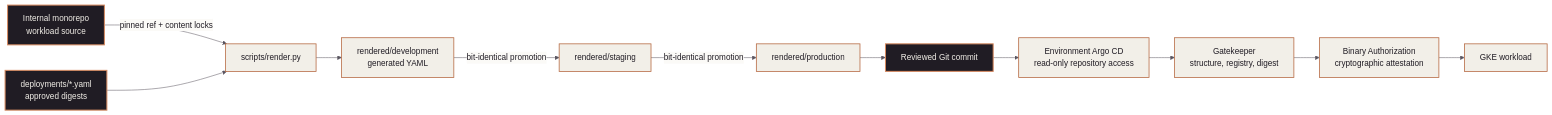
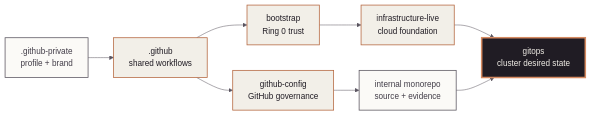
One commit to mindclade/gitops-old changed the diagram in README.md. Above: the diagram before and after it, drawn with Mermaid. The commit also changed other lines of this file and 133 other files, not shown here.

````diff
--- a/README.md
+++ b/README.md
@@ -49,20 +74,18 @@
 ```mermaid
+%% current: gitops %%
 %%{init: {"theme":"base","themeVariables":{"primaryColor":"#F2EFE8","primaryTextColor":"#201C24","primaryBorderColor":"#B5673F","secondaryColor":"#FBFAF7","tertiaryColor":"#FBFAF7","lineColor":"#5B5660","edgeLabelBackground":"#FBFAF7","clusterBkg":"#FBFAF7","clusterBorder":"#E2DED4"}}}%%
 flowchart LR
-    SRC["Internal monorepo<br/>workload source"] -->|"pinned ref + content locks"| R["scripts/render.py"]
-    SEL["deployments/*.yaml<br/>approved digests"] --> R
-    R --> DEV["rendered/development<br/>generated YAML"]
-    DEV -->|"bit-identical promotion"| STG["rendered/staging"]
-    STG -->|"bit-identical promotion"| PROD["rendered/production"]
-    PROD --> PR["Reviewed Git commit"]
-    PR --> ARGO["Environment Argo CD<br/>read-only repository access"]
-    ARGO --> GK["Gatekeeper<br/>structure, registry, digest"]
-    GK --> BA["Binary Authorization<br/>cryptographic attestation"]
-    BA --> GKE["GKE workload"]
-
-    classDef authority fill:#201C24,color:#F2EFE8,stroke:#D68A61,stroke-width:2px;
+    GHP[".github-private<br/>profile + brand"] --> GH[".github<br/>shared workflows"]
+    GH --> GC["github-config<br/>GitHub governance"]
+    GH --> BS["bootstrap<br/>Ring 0 trust"]
+    BS --> IL["infrastructure-live<br/>cloud foundation"]
+    IL --> GO["gitops<br/>cluster desired state"]
+    MO["internal monorepo<br/>source + evidence"] --> GO
+    GC --> MO
+    classDef current fill:#201C24,color:#F2EFE8,stroke:#D68A61,stroke-width:3px;
     classDef managed fill:#F2EFE8,color:#201C24,stroke:#B5673F,stroke-width:1.5px;
-    classDef external fill:#FBFAF7,color:#423D48,stroke:#5B5660,stroke-width:1.5px;
-    class SRC,SEL,PR authority;
-    class R,DEV,STG,PROD,ARGO,GK,BA,GKE managed;
+    classDef source fill:#FBFAF7,color:#423D48,stroke:#5B5660,stroke-width:1.5px;
+    class GO current;
+    class GH,GC,BS,IL managed;
+    class GHP,MO source;
 ```
````
